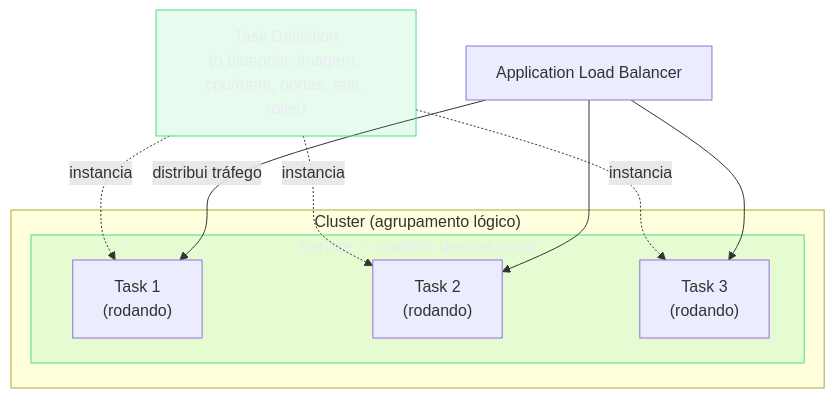
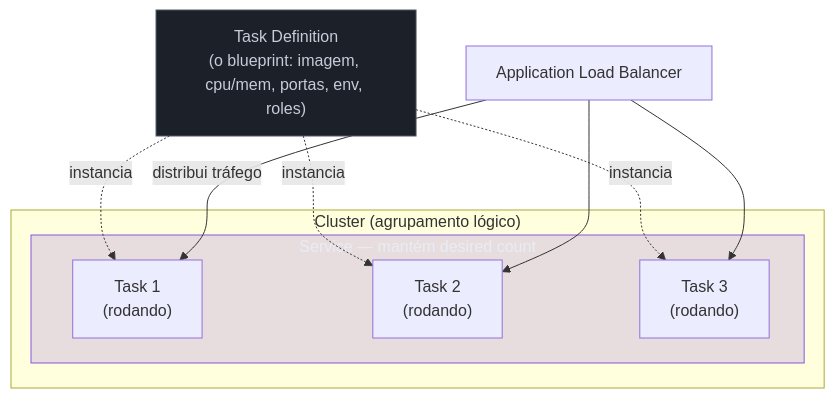
Before and after one commit to josenaldo/codex-technomanticus: the first of 4 diagrams in 03-Dominios/Tecnologia/Cloud/12 - Containers gerenciados/02 - ECS e o modelo de tarefas.md, drawn with Mermaid. The commit also changed 601 other files, not shown here.

````diff
--- a/03-Dominios/Tecnologia/Cloud/12 - Containers gerenciados/02 - ECS e o modelo de tarefas.md
+++ b/03-Dominios/Tecnologia/Cloud/12 - Containers gerenciados/02 - ECS e o modelo de tarefas.md
@@ -25,20 +25,21 @@
 ```mermaid
 flowchart TB
-    classDef ok fill:#4ADE8021,stroke:#4ADE80,color:#E9ECF2
+    classDef marca fill:#8855DF33,stroke:#8855DF,color:#E9ECF2
+    classDef neutro fill:#1B2029,stroke:#4E5666,color:#C6CCD8
     subgraph Cluster["Cluster (agrupamento lógico)"]
         subgraph Service["Service — mantém desired count"]
             T1["Task 1<br/>(rodando)"]
             T2["Task 2<br/>(rodando)"]
             T3["Task 3<br/>(rodando)"]
         end
     end
     TD["Task Definition<br/>(o blueprint: imagem, cpu/mem, portas, env, roles)"] -.->|"instancia"| T1
     TD -.->|"instancia"| T2
     TD -.->|"instancia"| T3
     ALB["Application Load Balancer"] -->|"distribui tráfego"| T1
     ALB --> T2
     ALB --> T3
 
-    class TD ok
-    class Service ok
+    class TD neutro
+    class Service marca
 ```
````
